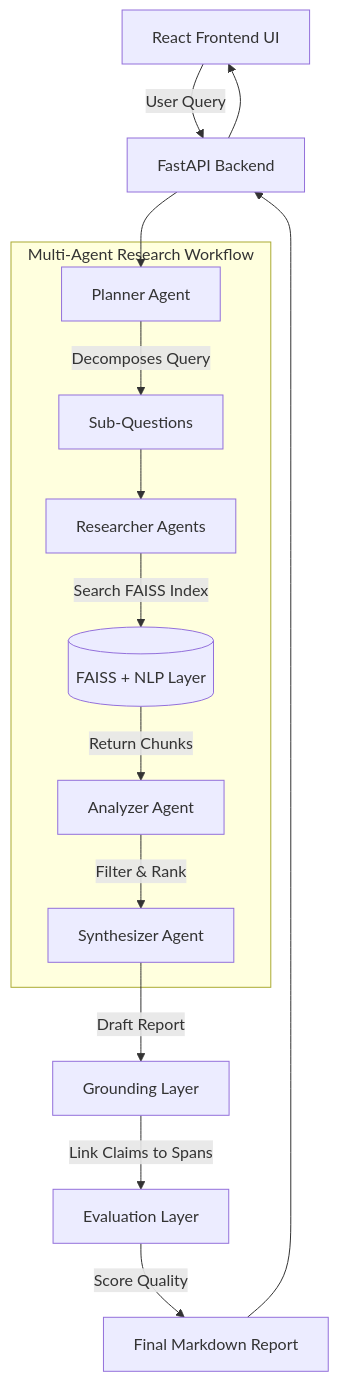
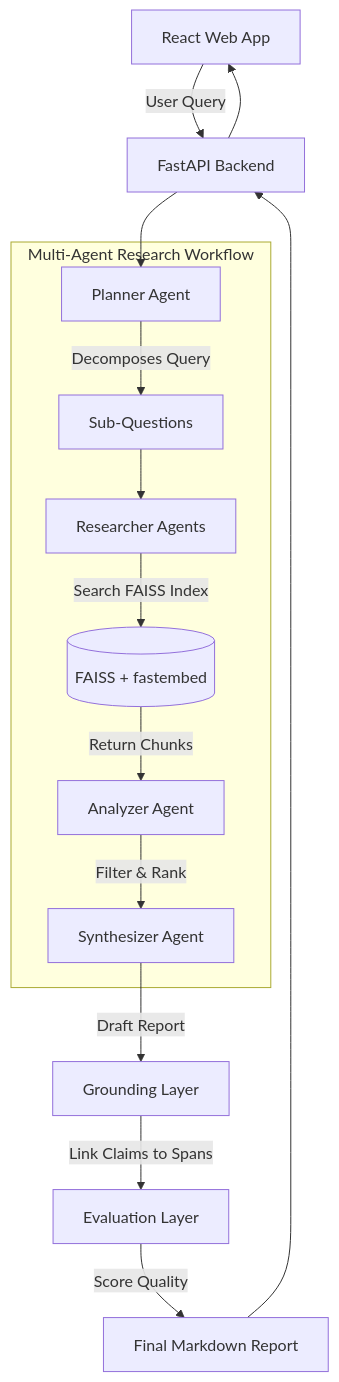
One commit to divya-3005/ReMi changed the diagram in README.md. Above: the diagram before and after it, drawn with Mermaid. The commit also changed other lines of this file, not shown here.

````diff
--- a/README.md
+++ b/README.md
@@ -49,19 +73,19 @@
 ```mermaid
 flowchart TD
-    UI[React Frontend UI] -->|User Query| API[FastAPI Backend]
+    UI[React Web App] -->|User Query| API[FastAPI Backend]
     API --> Planner[Planner Agent]
     
     subgraph Multi-Agent Research Workflow
         Planner -->|Decomposes Query| SubQs[Sub-Questions]
         SubQs --> Researcher[Researcher Agents]
-        Researcher -->|Search FAISS Index| VectorStore[(FAISS + NLP Layer)]
+        Researcher -->|Search FAISS Index| VectorStore[(FAISS + fastembed)]
         VectorStore -->|Return Chunks| Analyzer[Analyzer Agent]
         Analyzer -->|Filter & Rank| Synthesizer[Synthesizer Agent]
     end
     
     Synthesizer -->|Draft Report| Grounding[Grounding Layer]
     Grounding -->|Link Claims to Spans| Evaluator[Evaluation Layer]
     Evaluator -->|Score Quality| FinalReport[Final Markdown Report]
     FinalReport --> API
     API --> UI
 ```
````
